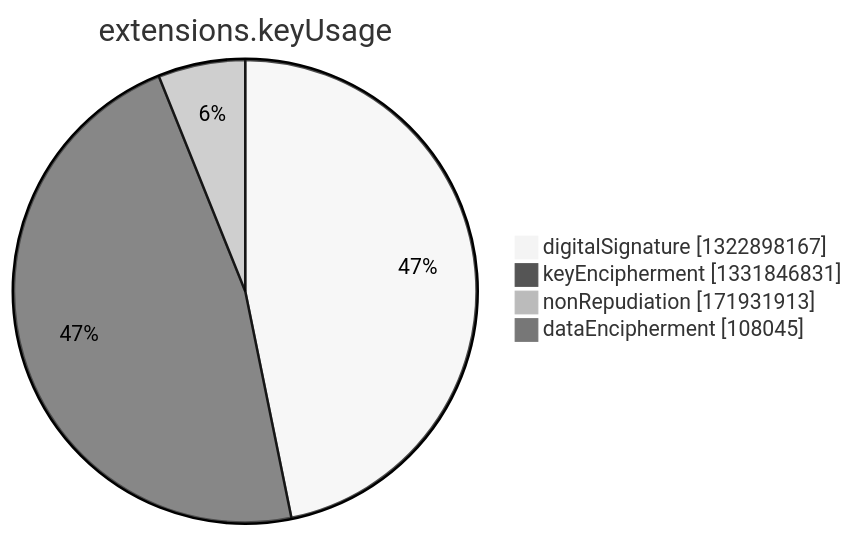
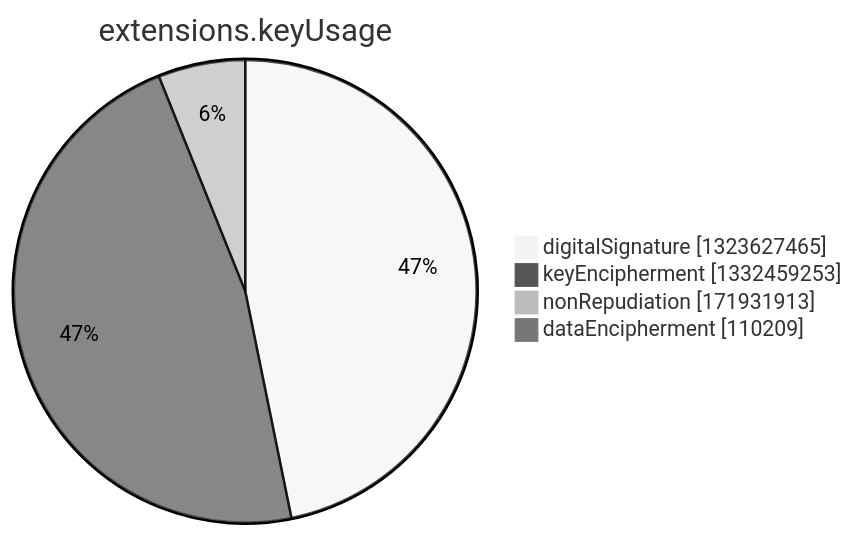
One commit to christiankrug/ctmonitor_visualization changed the seventh of 15 diagrams in argon2022/README.md. Above: the diagram before and after it, drawn with Mermaid (neutral theme). The commit also changed other lines of this file, not shown here.

````diff
--- a/argon2022/README.md
+++ b/argon2022/README.md
@@ -2750,8 +2750,8 @@
 ```mermaid
 pie showData
 title extensions.keyUsage
-"digitalSignature" :1322898167
-"keyEncipherment" :1331846831
+"digitalSignature" :1323627465
+"keyEncipherment" :1332459253
 "nonRepudiation" :171931913
-"dataEncipherment" :108045
+"dataEncipherment" :110209
 ```
````
